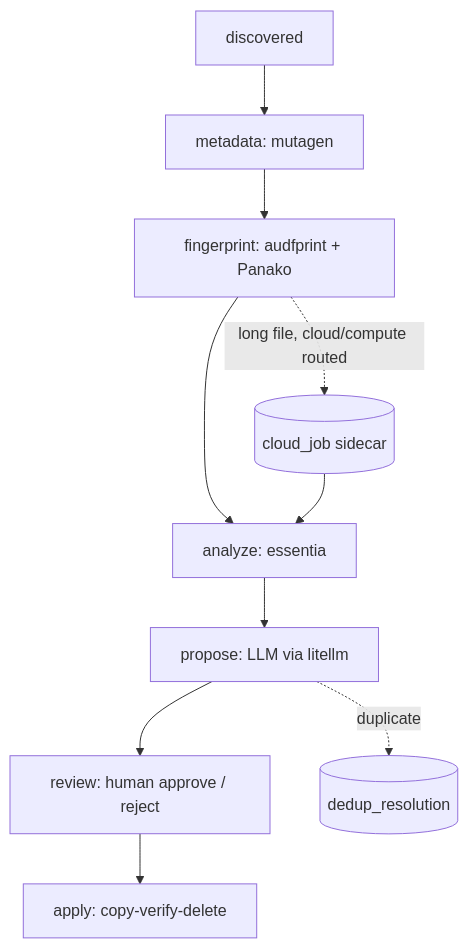
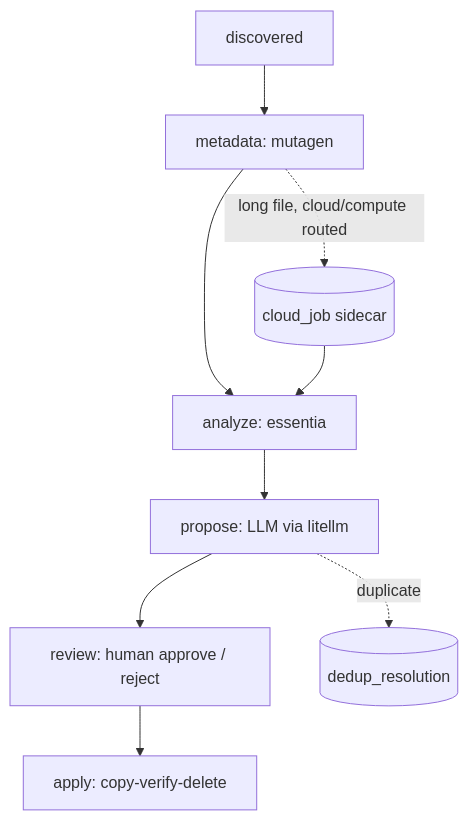
Before and after one commit to SimplicityGuy/phaze: the second of 5 diagrams in docs/architecture.md, drawn with Mermaid. The commit also changed other lines of this file and 14 other files, not shown here.

````diff
--- a/docs/architecture.md
+++ b/docs/architecture.md
@@ -121,12 +115,11 @@
 ```mermaid
 flowchart TD
     DISC[discovered] --> META[metadata: mutagen]
-    META --> FP[fingerprint: audfprint + Panako]
-    FP --> AN[analyze: essentia]
-    FP -.long file, cloud/compute routed.-> CLOUD[(cloud_job sidecar)]
+    META --> AN[analyze: essentia]
+    META -.long file, cloud/compute routed.-> CLOUD[(cloud_job sidecar)]
     CLOUD --> AN
     AN --> PROP[propose: LLM via litellm]
     PROP --> REV[review: human approve / reject]
     PROP -.duplicate.-> DUP[(dedup_resolution)]
     REV --> APPLY[apply: copy-verify-delete]
 ```
````
